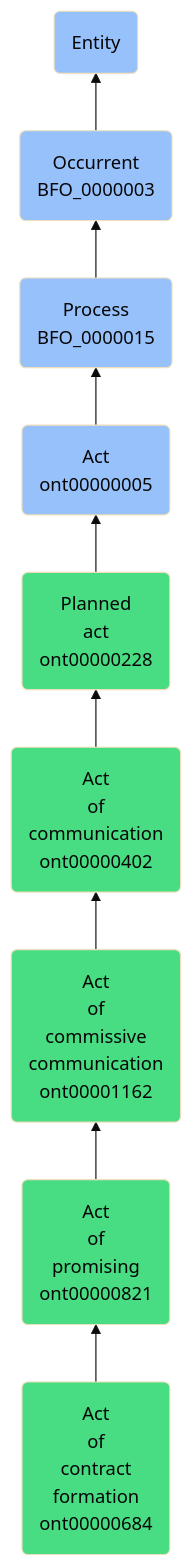
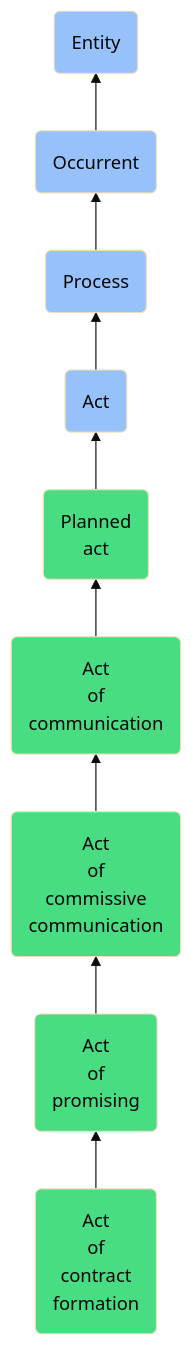
The diagram in docs/ontology/reference/model/Entity/Occurrent/Process/Act/Planned act/Act of communication/Act of commissive communication/Act of promising/Act of contract formation/Act of contract formation.md (jupyter-naas/abi), drawn with Mermaid (base theme) before and after one commit. The commit also changed other lines of this file and 1430 other files, not shown here.

````diff
--- a/docs/ontology/reference/model/Entity/Occurrent/Process/Act/Planned act/Act of communication/Act of commissive communication/Act of promising/Act of contract formation/Act of contract formation.md
+++ b/docs/ontology/reference/model/Entity/Occurrent/Process/Act/Planned act/Act of communication/Act of commissive communication/Act of promising/Act of contract formation/Act of contract formation.md
@@ -24,16 +24,16 @@
 ```mermaid
 graph BT
-    ont00000684(Act<br>of<br>contract<br>formation<br>ont00000684):::ABI-->ont00000821
-    ont00000821(Act<br>of<br>promising<br>ont00000821):::ABI-->ont00001162
-    ont00001162(Act<br>of<br>commissive<br>communication<br>ont00001162):::ABI-->ont00000402
-    ont00000402(Act<br>of<br>communication<br>ont00000402):::ABI-->ont00000228
-    ont00000228(Planned<br>act<br>ont00000228):::ABI-->ont00000005
-    ont00000005(Act<br>ont00000005):::BFO-->BFO_0000015
-    BFO_0000015(Process<br>BFO_0000015):::BFO-->BFO_0000003
-    BFO_0000003(Occurrent<br>BFO_0000003):::BFO-->BFO_0000001
+    ont00000684(Act<br>of<br>contract<br>formation):::ABI-->ont00000821
+    ont00000821(Act<br>of<br>promising):::ABI-->ont00001162
+    ont00001162(Act<br>of<br>commissive<br>communication):::ABI-->ont00000402
+    ont00000402(Act<br>of<br>communication):::ABI-->ont00000228
+    ont00000228(Planned<br>act):::ABI-->ont00000005
+    ont00000005(Act):::BFO-->BFO_0000015
+    BFO_0000015(Process):::BFO-->BFO_0000003
+    BFO_0000003(Occurrent):::BFO-->BFO_0000001
     BFO_0000001(Entity):::BFO
     
     classDef BFO fill:#97c1fb,color:#060606
     classDef CCO fill:#e4c51e,color:#060606
     classDef ABI fill:#48DD82,color:#060606
 ```
````
